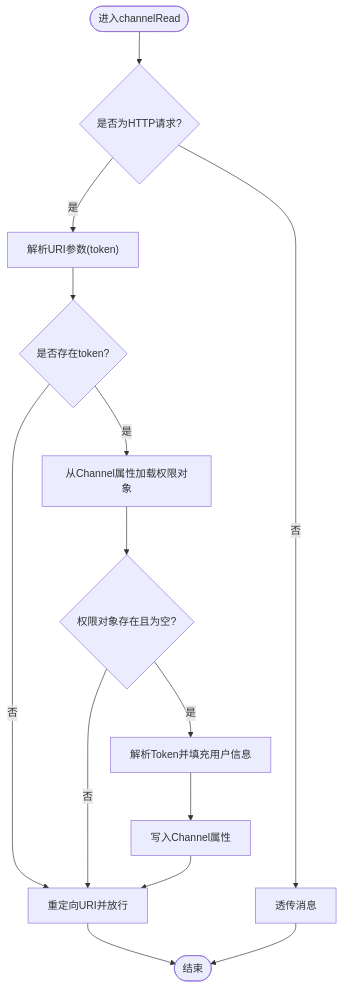
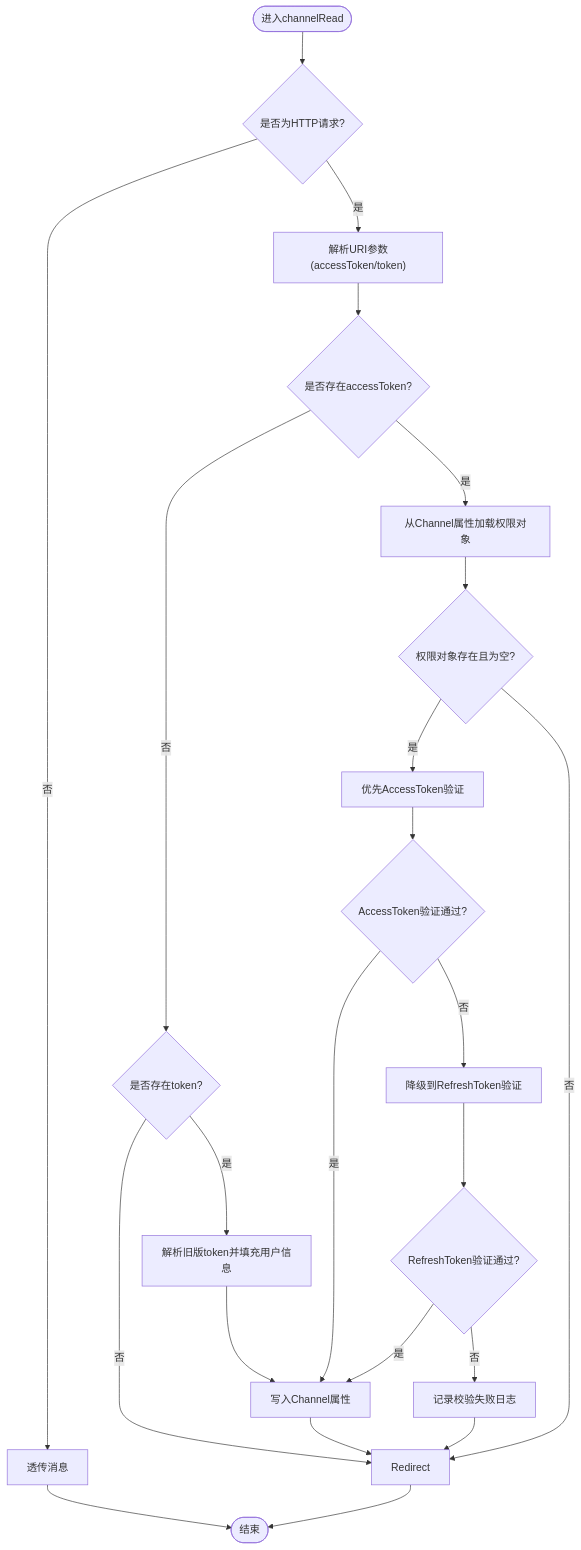
The third of 7 diagrams in .qoder/repowiki/zh/content/WebSocket实时通信/权限验证与安全.md (liftp/chat_simple), drawn with Mermaid before and after one commit. The commit also changed other lines of this file and 6 other files, not shown here.

````diff
--- a/.qoder/repowiki/zh/content/WebSocket实时通信/权限验证与安全.md
+++ b/.qoder/repowiki/zh/content/WebSocket实时通信/权限验证与安全.md
@@ -172,16 +190,25 @@
 ```mermaid
 flowchart TD
 Start(["进入channelRead"]) --> CheckReq{"是否为HTTP请求?"}
 CheckReq --> |否| Fire["透传消息"]
-CheckReq --> |是| ParseURI["解析URI参数(token)"]
-ParseURI --> HasToken{"是否存在token?"}
-HasToken --> |否| Redirect["重定向URI并放行"]
-HasToken --> |是| LoadVerify["从Channel属性加载权限对象"]
+CheckReq --> |是| ParseURI["解析URI参数(accessToken/token)"]
+ParseURI --> HasAccessToken{"是否存在accessToken?"}
+HasAccessToken --> |否| HasToken{"是否存在token?"}
+HasAccessToken --> |是| LoadVerify["从Channel属性加载权限对象"]
 LoadVerify --> Exists{"权限对象存在且为空?"}
-Exists --> |是| ParseToken["解析Token并填充用户信息"]
+Exists --> |是| CheckToken["优先AccessToken验证"]
 Exists --> |否| Redirect
-ParseToken --> SetAttr["写入Channel属性"]
+CheckToken --> AccessTokenOK{"AccessToken验证通过?"}
+AccessTokenOK --> |是| SetAttr["写入Channel属性"]
+AccessTokenOK --> |否| Fallback["降级到RefreshToken验证"]
+Fallback --> TokenOK{"RefreshToken验证通过?"}
+TokenOK --> |是| SetAttr
+TokenOK --> |否| LogWarn["记录校验失败日志"]
+HasToken --> |否| Redirect
+HasToken --> |是| ParseToken["解析旧版token并填充用户信息"]
+ParseToken --> SetAttr
 SetAttr --> Redirect
 Redirect --> End(["结束"])
+LogWarn --> Redirect
 Fire --> End
 ```
````
